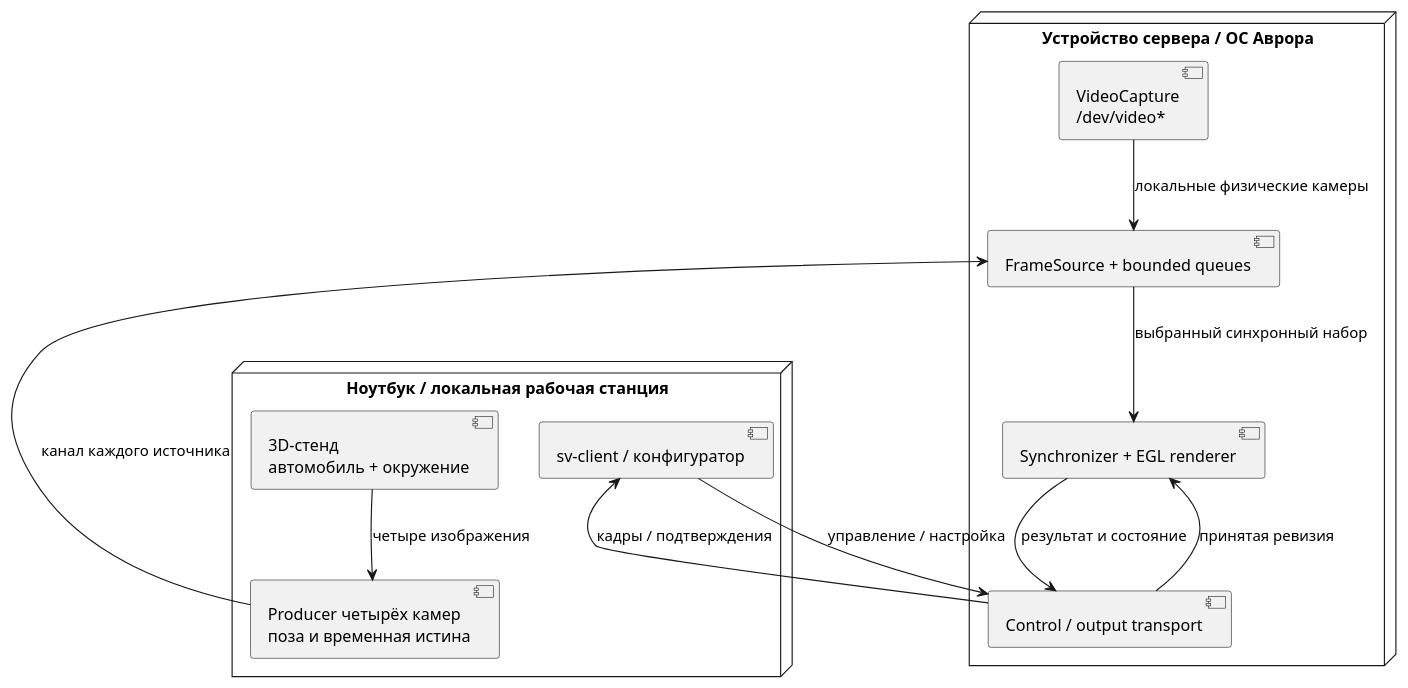
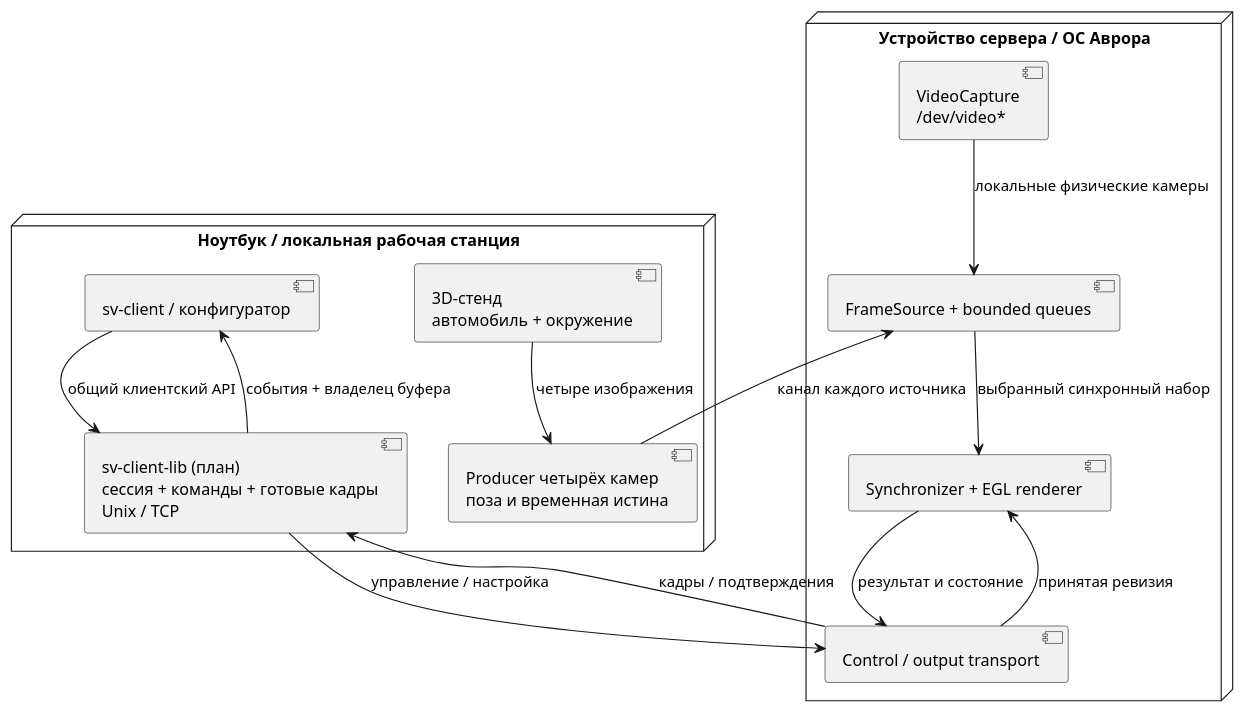
One commit to AKTOETO/Surround-view changed the diagram in docs/planning/ROADMAP.md. Above: the diagram before and after it, drawn with PlantUML. The commit also changed other lines of this file and 2 other files, not shown here.

Commit message:
docs: schedule client library migration and connection acceptance

````diff
--- a/docs/planning/ROADMAP.md
+++ b/docs/planning/ROADMAP.md
@@ -73,23 +76,26 @@
 ```plantuml
 @startuml
 node "Ноутбук / локальная рабочая станция" {
   component "3D-стенд\nавтомобиль + окружение" as World
   component "Producer четырёх камер\nпоза и временная истина" as Producer
   component "sv-client / конфигуратор" as Client
+  component "sv-client-lib (план)\nсессия + команды + готовые кадры\nUnix / TCP" as ClientLibrary
 }
 node "Устройство сервера / ОС Аврора" {
   component "VideoCapture\n/dev/video*" as Capture
   component "FrameSource + bounded queues" as Sources
   component "Synchronizer + EGL renderer" as Renderer
   component "Control / output transport" as Transport
 }
 World --> Producer : четыре изображения
 Producer --> Sources : канал каждого источника
 Capture --> Sources : локальные физические камеры
 Sources --> Renderer : выбранный синхронный набор
-Client --> Transport : управление / настройка
+Client --> ClientLibrary : общий клиентский API
+ClientLibrary --> Transport : управление / настройка
 Transport --> Renderer : принятая ревизия
 Renderer --> Transport : результат и состояние
-Transport --> Client : кадры / подтверждения
+Transport --> ClientLibrary : кадры / подтверждения
+ClientLibrary --> Client : события + владелец буфера
 @enduml
 ```
````
